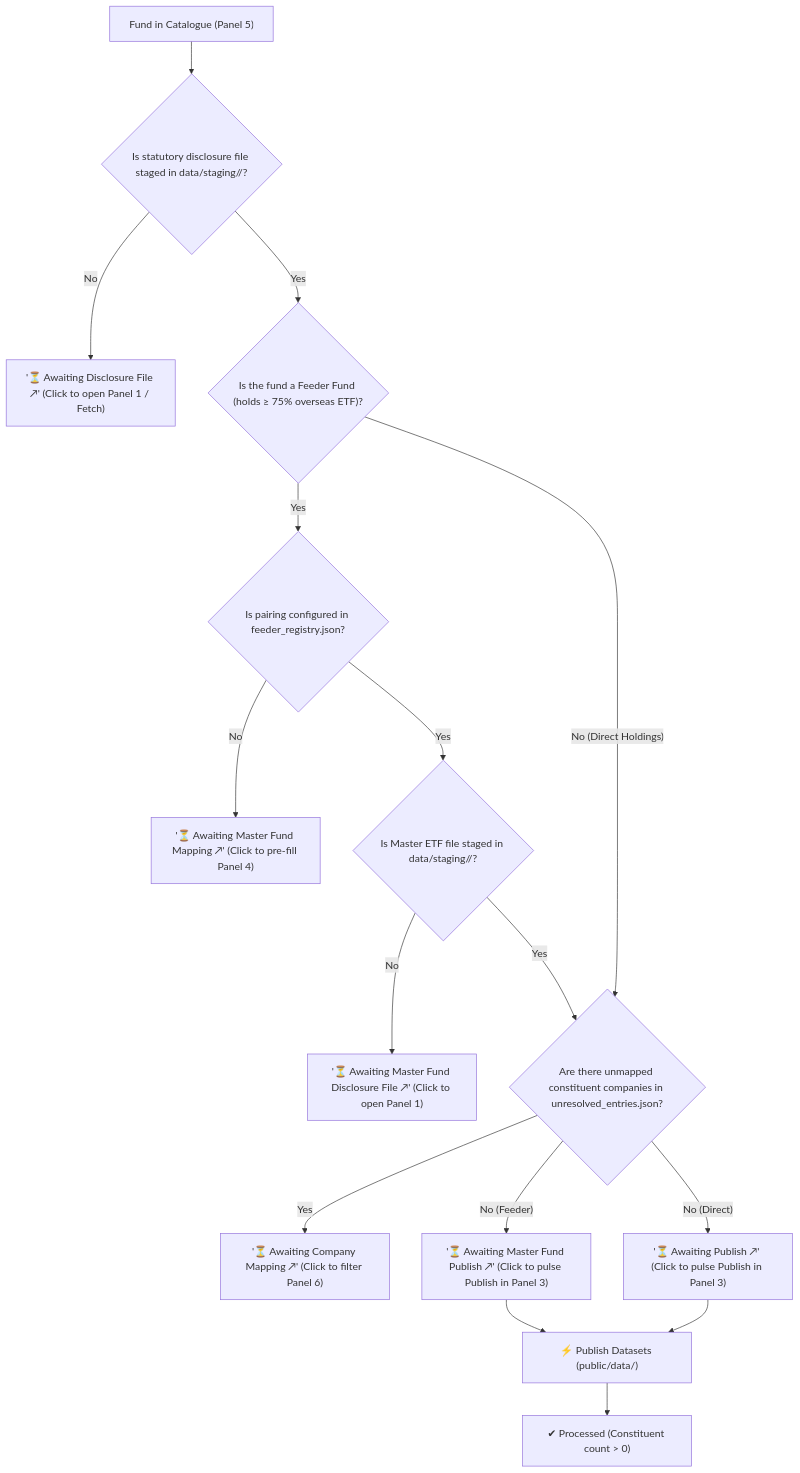
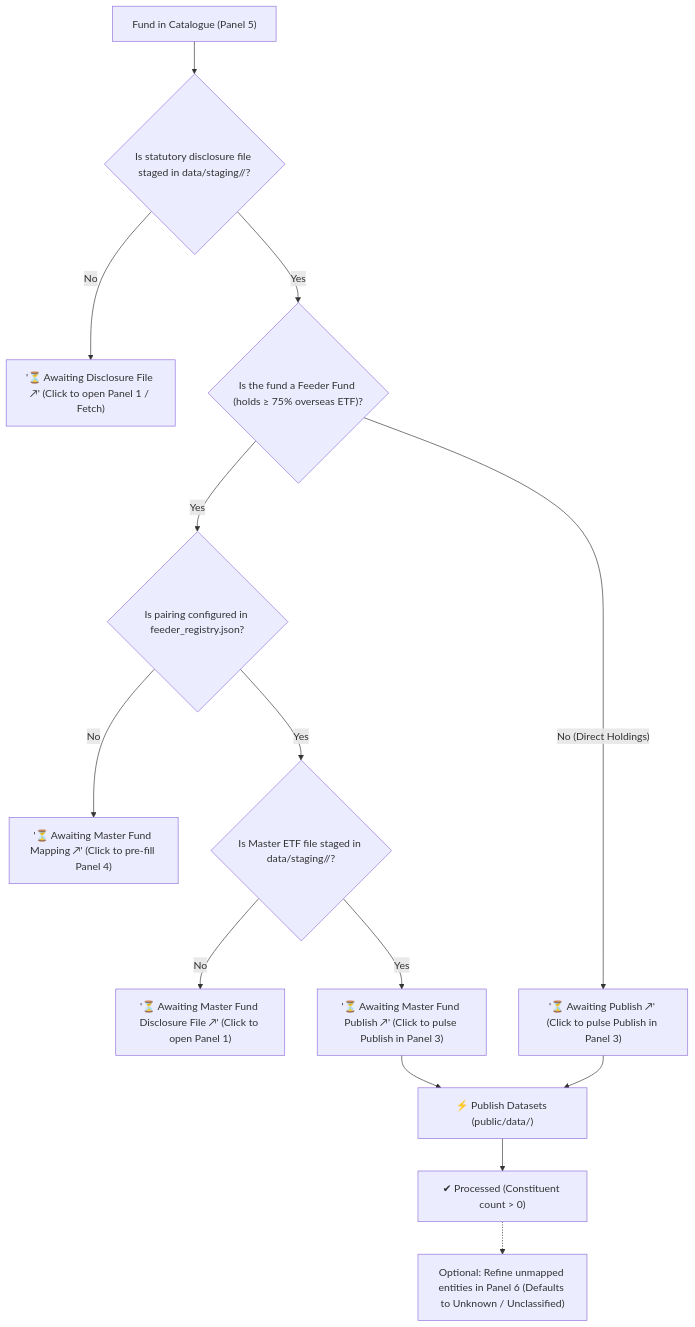
Before and after one commit to SusanJaneNZ/kiwi-portfolio-xray: the first of 2 diagrams in docs/ADMIN_GUIDE.md, drawn with Mermaid. The commit also changed other lines of this file and 3 other files, not shown here.

````diff
--- a/docs/ADMIN_GUIDE.md
+++ b/docs/ADMIN_GUIDE.md
@@ -150,17 +152,15 @@
 ```mermaid
 flowchart TD
     Start["Fund in Catalogue (Panel 5)"] --> CheckFile{"Is statutory disclosure file staged in data/staging/<manager>/?"}
     CheckFile -- "No" --> Badge1["'⏳ Awaiting Disclosure File ↗' (Click to open Panel 1 / Fetch)"]
     CheckFile -- "Yes" --> CheckFeeder{"Is the fund a Feeder Fund (holds ≥ 75% overseas ETF)?"}
     CheckFeeder -- "Yes" --> CheckPair{"Is pairing configured in feeder_registry.json?"}
     CheckPair -- "No" --> Badge2["'⏳ Awaiting Master Fund Mapping ↗' (Click to pre-fill Panel 4)"]
     CheckPair -- "Yes" --> CheckMasterFile{"Is Master ETF file staged in data/staging/<master_provider>/?"}
     CheckMasterFile -- "No" --> Badge3["'⏳ Awaiting Master Fund Disclosure File ↗' (Click to open Panel 1)"]
-    CheckMasterFile -- "Yes" --> CheckUnresolved
-    CheckFeeder -- "No (Direct Holdings)" --> CheckUnresolved{"Are there unmapped constituent companies in unresolved_entries.json?"}
-    CheckUnresolved -- "Yes" --> Badge4["'⏳ Awaiting Company Mapping ↗' (Click to filter Panel 6)"]
-    CheckUnresolved -- "No (Feeder)" --> Badge5["'⏳ Awaiting Master Fund Publish ↗' (Click to pulse Publish in Panel 3)"]
-    CheckUnresolved -- "No (Direct)" --> Badge6["'⏳ Awaiting Publish ↗' (Click to pulse Publish in Panel 3)"]
-    Badge5 & Badge6 --> ActionCompile["⚡ Publish Datasets (public/data/)"]
+    CheckMasterFile -- "Yes" --> Badge4["'⏳ Awaiting Master Fund Publish ↗' (Click to pulse Publish in Panel 3)"]
+    CheckFeeder -- "No (Direct Holdings)" --> Badge5["'⏳ Awaiting Publish ↗' (Click to pulse Publish in Panel 3)"]
+    Badge4 & Badge5 --> ActionCompile["⚡ Publish Datasets (public/data/)"]
     ActionCompile --> Done["✔ Processed (Constituent count > 0)"]
+    Done -.-> OptionalEnrich["Optional: Refine unmapped entities in Panel 6 (Defaults to Unknown / Unclassified)"]
 ```
````
